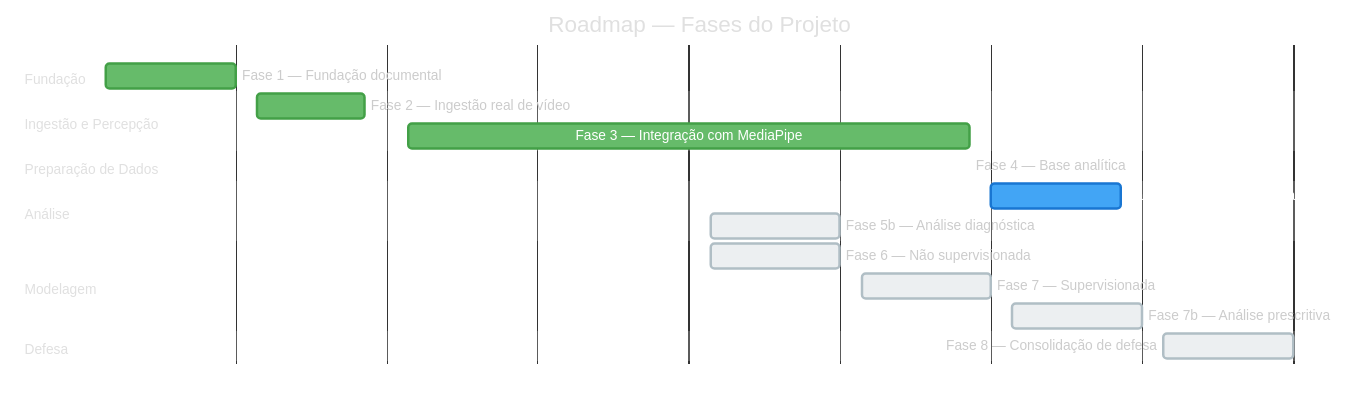
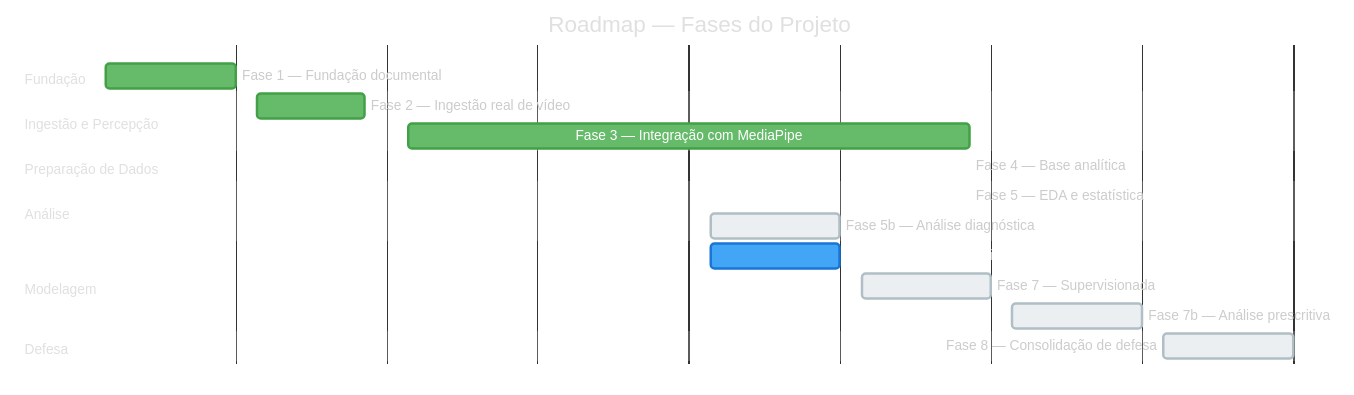
One commit to especializacao-ia-pucsp/mediapipe-seguranca changed the first of 2 diagrams in docs/ROADMAP.md. Above: the diagram before and after it, drawn with Mermaid. The commit also changed other lines of this file and 3 other files, not shown here.

Commit message:
feat: Update documentation for Fase 5 analysis, including EDA findings and recommendations for Fase 6

````diff
--- a/docs/ROADMAP.md
+++ b/docs/ROADMAP.md
@@ -46,50 +47,50 @@
 ```mermaid
 %%{init: {'theme': 'base', 'themeVariables': {
     'primaryColor': '#42A5F5',
     'primaryTextColor': '#fff',
     'primaryBorderColor': '#1976D2',
     'secondaryColor': '#B0BEC5',
     'tertiaryColor': '#E0E0E0',
     'doneTaskBkgColor': '#66BB6A',
     'doneTaskBorderColor': '#43A047',
     'activeTaskBkgColor': '#42A5F5',
     'activeTaskBorderColor': '#1976D2',
     'taskBkgColor': '#ECEFF1',
     'taskBorderColor': '#B0BEC5',
     'taskTextColor': '#333',
     'taskTextDarkColor': '#fff',
     'taskTextOutsideColor': '#ccc',
     'sectionBkgColor': 'transparent',
     'sectionBkgColor2': 'transparent',
     'gridColor': '#616161',
     'todayLineColor': '#F44336',
     'titleColor': '#E0E0E0',
     'fontFamily': 'sans-serif'
 }}}%%
 gantt
     title Roadmap — Fases do Projeto
     dateFormat YYYY-MM-DD
     axisFormat %b/%y
 
     section Fundação
     Fase 1 — Fundação documental      :done,    f1, 2026-03-16, 2026-03-22
 
     section Ingestão e Percepção
     Fase 2 — Ingestão real de vídeo    :done,    f2, 2026-03-23, 2026-03-28
     Fase 3 — Integração com MediaPipe  :done,    f3, 2026-03-30, 2026-04-25
 
     section Preparação de Dados
     Fase 4 — Base analítica            :done,    f4, 2026-04-26, 2026-04-25
 
     section Análise
-    Fase 5 — EDA e estatística         :active,  f5, 2026-04-26, 2026-05-02
+    Fase 5 — EDA e estatística         :done,    f5, 2026-04-26, 2026-04-25
     Fase 5b — Análise diagnóstica      :         f5b, 2026-04-13, 2026-04-19
 
     section Modelagem
-    Fase 6 — Não supervisionada        :         f6, 2026-04-13, 2026-04-19
+    Fase 6 — Não supervisionada        :active,  f6, 2026-04-13, 2026-04-19
     Fase 7 — Supervisionada            :         f7, 2026-04-20, 2026-04-26
     Fase 7b — Análise prescritiva      :         f7b, 2026-04-27, 2026-05-03
 
     section Defesa
     Fase 8 — Consolidação de defesa    :         f8, 2026-05-04, 2026-05-10
 ```
````
